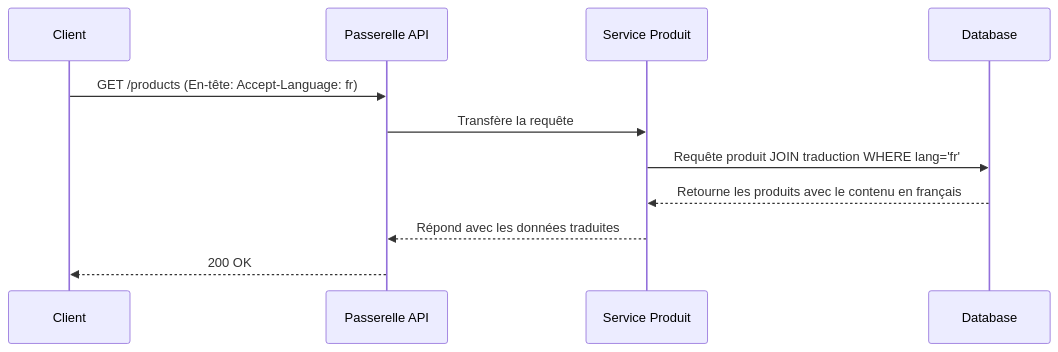
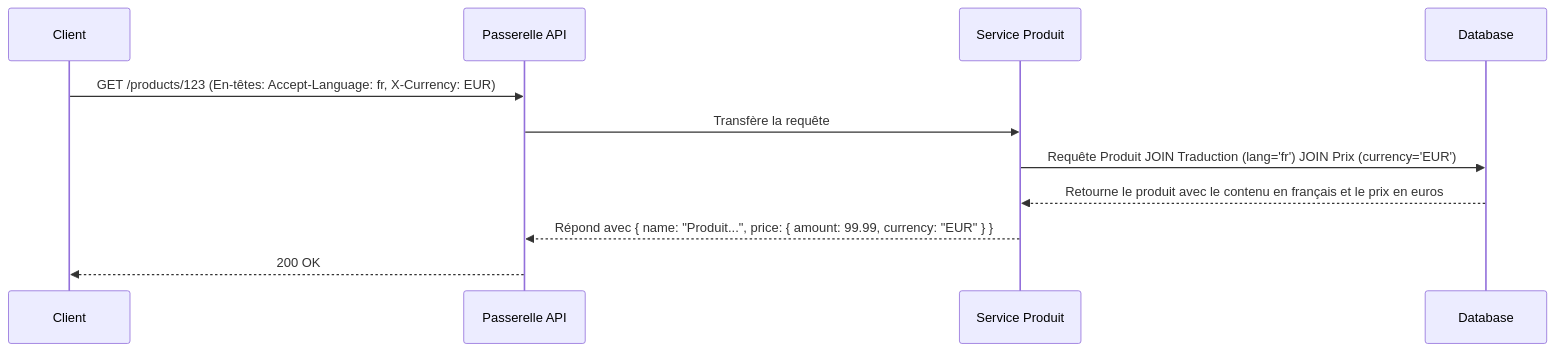
One commit to HarcheSamir/esisba-lirmm-ecommerce changed the third of 4 diagrams in i18n.md. Above: the diagram before and after it, drawn with Mermaid. The commit also changed other lines of this file, not shown here.

````diff
--- a/i18n.md
+++ b/i18n.md
@@ -98,14 +81,14 @@
 ```mermaid
 sequenceDiagram
     participant Client
     participant APIGateway as Passerelle API
     participant ProductService as Service Produit
     participant Database
 
-    Client->>APIGateway: GET /products (En-tête: Accept-Language: fr)
+    Client->>APIGateway: GET /products/123 (En-têtes: Accept-Language: fr, X-Currency: EUR)
     APIGateway->>ProductService: Transfère la requête
-    ProductService->>Database: Requête produit JOIN traduction WHERE lang='fr'
-    Database-->>ProductService: Retourne les produits avec le contenu en français
-    ProductService-->>APIGateway: Répond avec les données traduites
+    ProductService->>Database: Requête Produit JOIN Traduction (lang='fr') JOIN Prix (currency='EUR')
+    Database-->>ProductService: Retourne le produit avec le contenu en français et le prix en euros
+    ProductService-->>APIGateway: Répond avec { name: "Produit...", price: { amount: 99.99, currency: "EUR" } }
     APIGateway-->>Client: 200 OK
 ```
````
